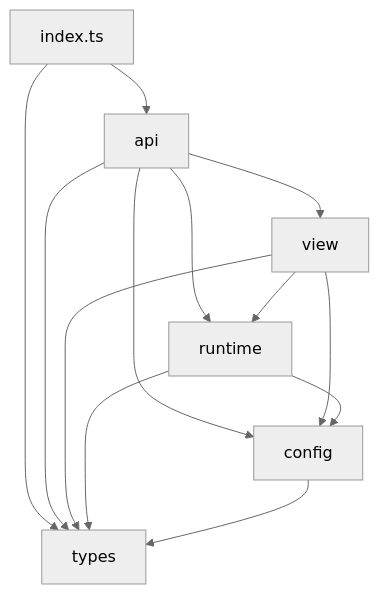
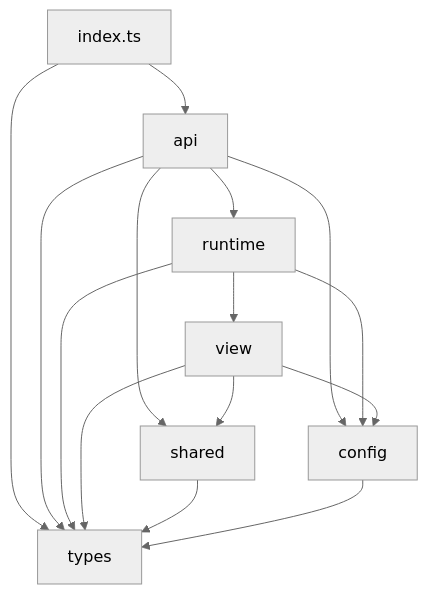
Before and after one commit to xuyimingwork/vue-layerx: the diagram in DESIGN.md, drawn with Mermaid (neutral theme). The commit also changed other lines of this file and 11 other files, not shown here.

````diff
--- a/DESIGN.md
+++ b/DESIGN.md
@@ -94,22 +96,25 @@
 ```mermaid
 flowchart TB
   index[index.ts]
   api[api]
+  runtime[runtime]
   view[view]
-  runtime[runtime]
   config[config]
+  shared[shared]
   types[types]
 
   index --> api
   index --> types
-  api --> view
   api --> runtime
   api --> config
+  api --> shared
   api --> types
-  view --> runtime
-  view --> config
-  view --> types
+  runtime --> view
   runtime --> config
   runtime --> types
+  view --> config
+  view --> shared
+  view --> types
+  shared --> types
   config --> types
 ```
````
